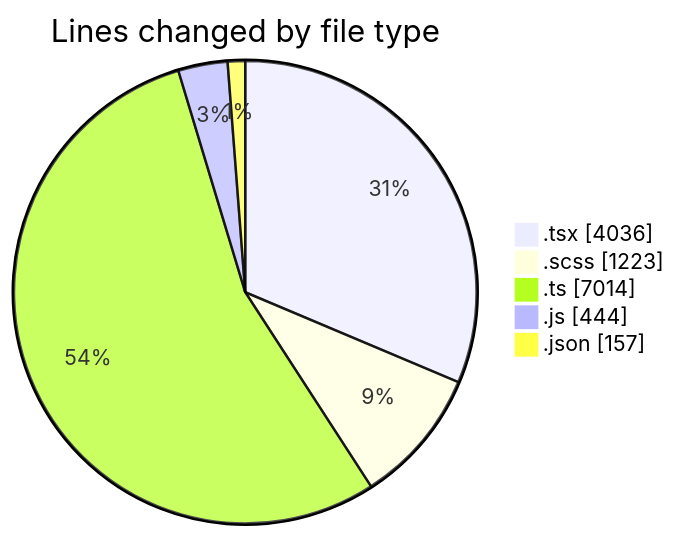
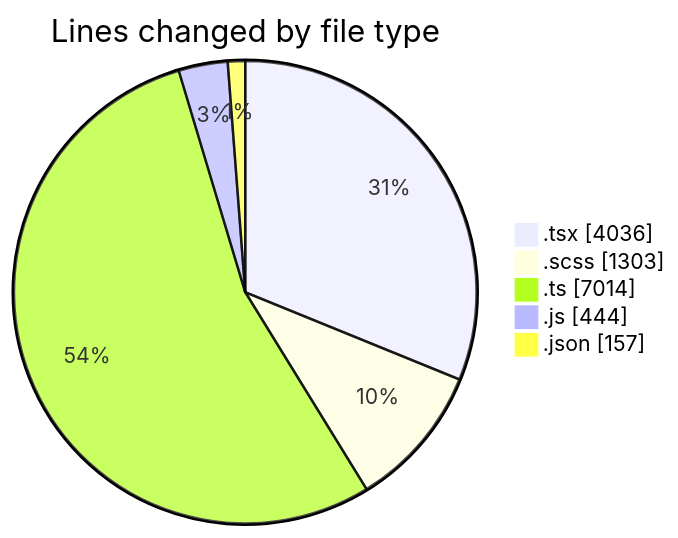
One commit to momahboobian/code-tracking changed the first of 2 diagrams in 2026-04-23/cda/README.md. Above: the diagram before and after it, drawn with Mermaid. The commit also changed other lines of this file and 1 other file, not shown here.

````diff
--- a/2026-04-23/cda/README.md
+++ b/2026-04-23/cda/README.md
@@ -44,9 +44,9 @@
 ```mermaid
 pie showData
 title Lines changed by file type
 ".tsx" : 4036
-".scss" : 1223
+".scss" : 1303
 ".ts" : 7014
 ".js" : 444
 ".json" : 157
 ```
````
